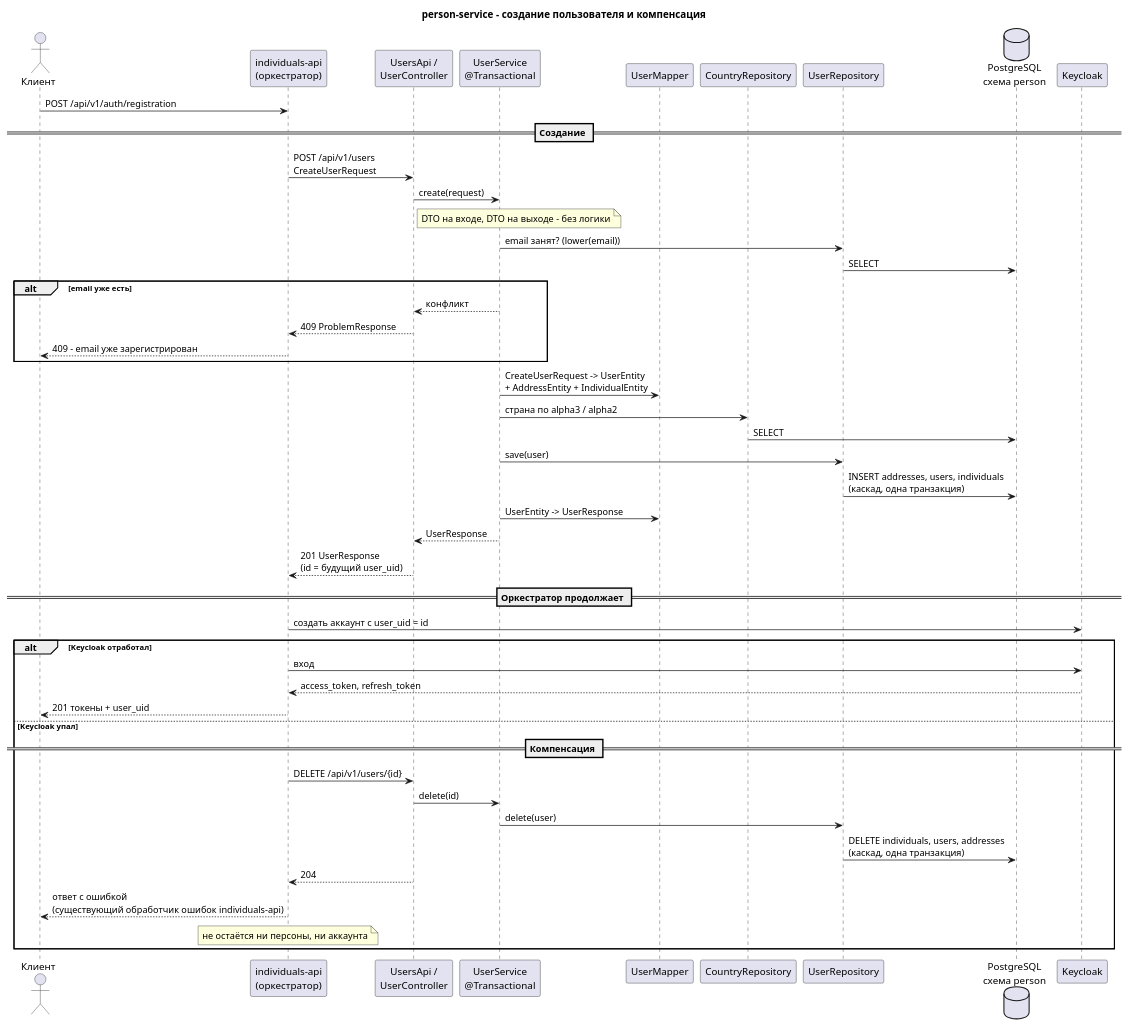
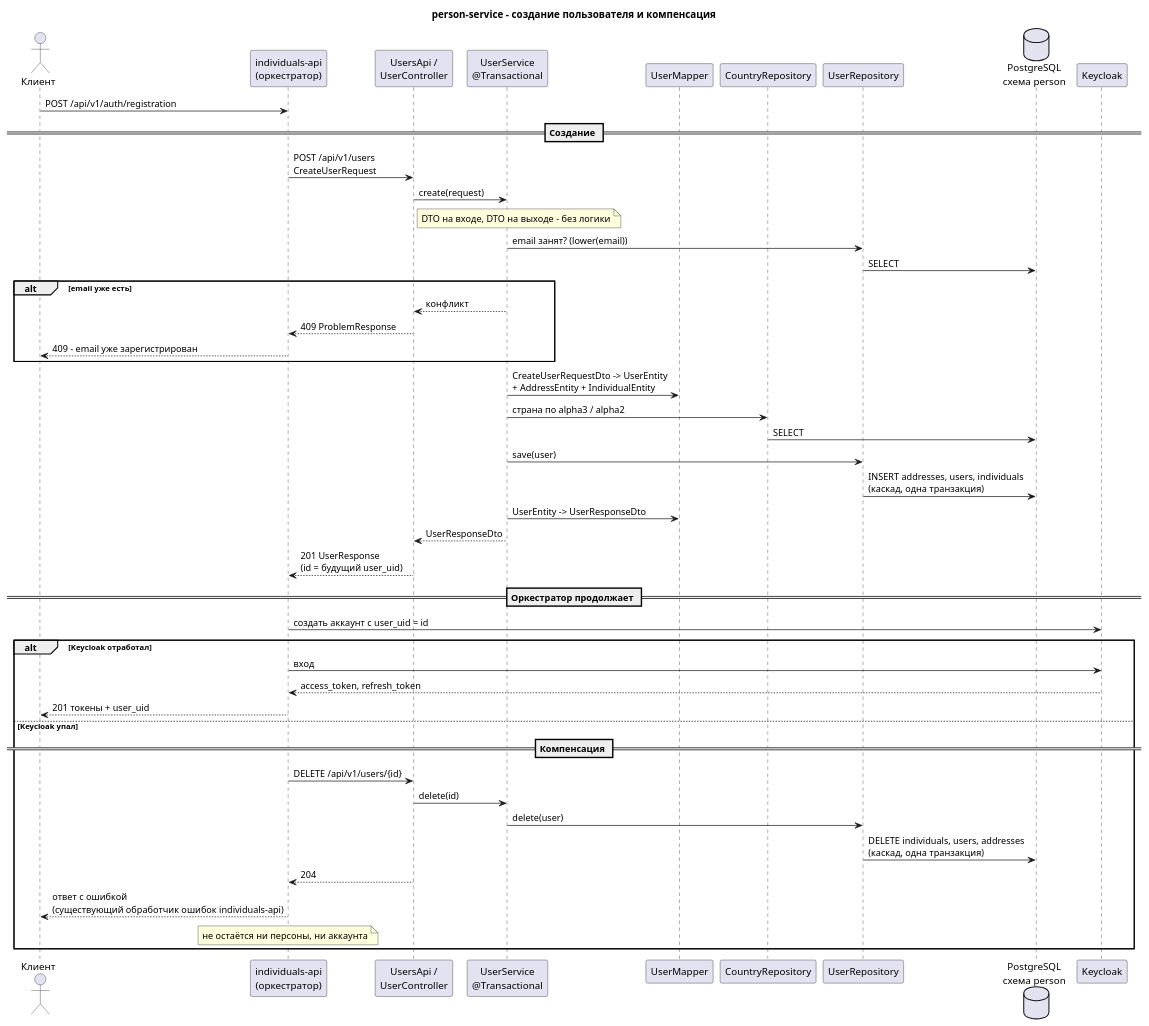
One commit to dezxxx/payment-platform changed the diagram in person-service/docs/puml-ru/person-service-flow.puml. Above: the diagram before and after it, drawn with PlantUML. The commit also changed 8 other files, not shown here.

```diff
--- a/person-service/docs/puml-ru/person-service-flow.puml
+++ b/person-service/docs/puml-ru/person-service-flow.puml
@@ -1,60 +1,60 @@
 @startuml person-service-flow
 title person-service - создание пользователя и компенсация
 
 skinparam shadowing false
 skinparam sequenceMessageAlign left
 
 actor "Клиент" as CL
 participant "individuals-api\n(оркестратор)" as IA
 participant "UsersApi /\nUserController" as C
 participant "UserService\n@Transactional" as S
 participant "UserMapper" as M
 participant "CountryRepository" as CR
 participant "UserRepository" as UR
 database "PostgreSQL\nсхема person" as DB
 participant "Keycloak" as KC
 
 CL -> IA : POST /api/v1/auth/registration
 
 == Создание ==
 
 IA -> C : POST /api/v1/users\nCreateUserRequest
 C -> S : create(request)
 note right of C : DTO на входе, DTO на выходе - без логики
 
 S -> UR : email занят? (lower(email))
 UR -> DB : SELECT
 alt email уже есть
   S --> C : конфликт
   C --> IA : 409 ProblemResponse
   IA --> CL : 409 - email уже зарегистрирован
 end
 
-S -> M : CreateUserRequest -> UserEntity\n+ AddressEntity + IndividualEntity
+S -> M : CreateUserRequestDto -> UserEntity\n+ AddressEntity + IndividualEntity
 S -> CR : страна по alpha3 / alpha2
 CR -> DB : SELECT
 S -> UR : save(user)
 UR -> DB : INSERT addresses, users, individuals\n(каскад, одна транзакция)
-S -> M : UserEntity -> UserResponse
-S --> C : UserResponse
+S -> M : UserEntity -> UserResponseDto
+S --> C : UserResponseDto
 C --> IA : 201 UserResponse\n(id = будущий user_uid)
 
 == Оркестратор продолжает ==
 
 IA -> KC : создать аккаунт с user_uid = id
 alt Keycloak отработал
   IA -> KC : вход
   KC --> IA : access_token, refresh_token
   IA --> CL : 201 токены + user_uid
 else Keycloak упал
   == Компенсация ==
   IA -> C : DELETE /api/v1/users/{id}
   C -> S : delete(id)
   S -> UR : delete(user)
   UR -> DB : DELETE individuals, users, addresses\n(каскад, одна транзакция)
   C --> IA : 204
   IA --> CL : ответ с ошибкой\n(существующий обработчик ошибок individuals-api)
   note over IA : не остаётся ни персоны, ни аккаунта
 end
 
 @enduml
```
